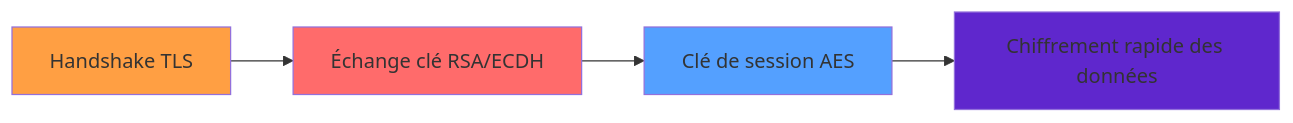
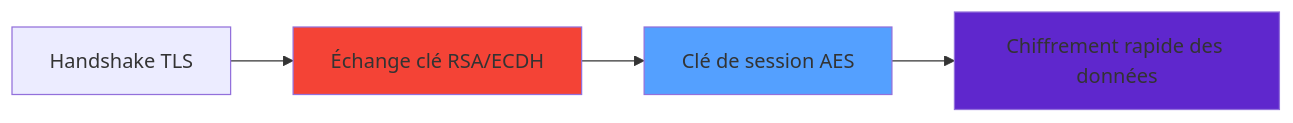
Before and after one commit to VBlackJack/ShellBook: the fourth of 4 diagrams in docs/formations/pki-certificates/01-module.md, drawn with Mermaid. The commit also changed other lines of this file and 337 other files, not shown here.

First line of the commit message:
refactor(docs): Standardize code blocks and Mermaid colors

````diff
--- a/docs/formations/pki-certificates/01-module.md
+++ b/docs/formations/pki-certificates/01-module.md
@@ -258,11 +258,11 @@
 ```mermaid
 flowchart LR
     A[Handshake TLS] --> B[Échange clé RSA/ECDH]
     B --> C[Clé de session AES]
     C --> D[Chiffrement rapide des données]
 
-    style A fill:#ff9f43
-    style B fill:#ff6b6b
+    style A fill:#FF9800800f43
+    style B fill:#f44336
     style C fill:#54a0ff
     style D fill:#5f27cd
 ```
````
